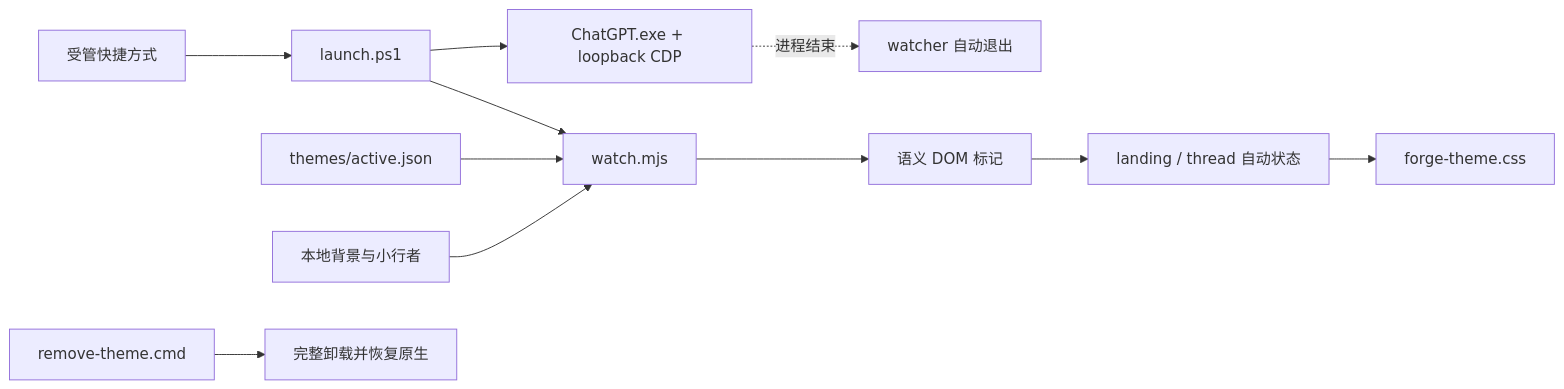
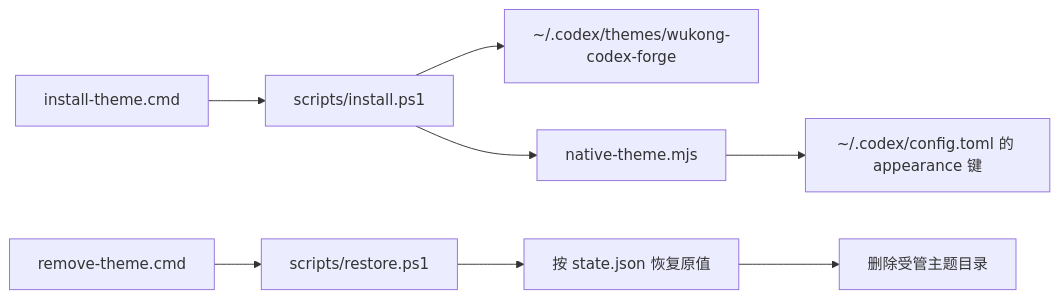
Before and after one commit to Udkam/wukong-codex-forge: the diagram in docs/DESIGN.md, drawn with Mermaid. The commit also changed other lines of this file and 28 other files, not shown here.

Commit message:
refactor: install native Codex theme

````diff
--- a/docs/DESIGN.md
+++ b/docs/DESIGN.md
@@ -49,13 +22,10 @@
 ```mermaid
 flowchart LR
-  A["受管快捷方式"] --> B["launch.ps1"]
-  B --> C["ChatGPT.exe + loopback CDP"]
-  B --> D["watch.mjs"]
-  D --> E["语义 DOM 标记"]
-  F["themes/active.json"] --> D
-  G["本地背景与小行者"] --> D
-  E --> H["landing / thread 自动状态"]
-  H --> I["forge-theme.css"]
-  J["remove-theme.cmd"] --> K["完整卸载并恢复原生"]
-  C -. "进程结束" .-> L["watcher 自动退出"]
+  A["install-theme.cmd"] --> B["scripts/install.ps1"]
+  B --> C["~/.codex/themes/wukong-codex-forge"]
+  B --> D["native-theme.mjs"]
+  D --> E["~/.codex/config.toml 的 appearance 键"]
+  F["remove-theme.cmd"] --> G["scripts/restore.ps1"]
+  G --> H["按 state.json 恢复原值"]
+  H --> I["删除受管主题目录"]
 ```
````
